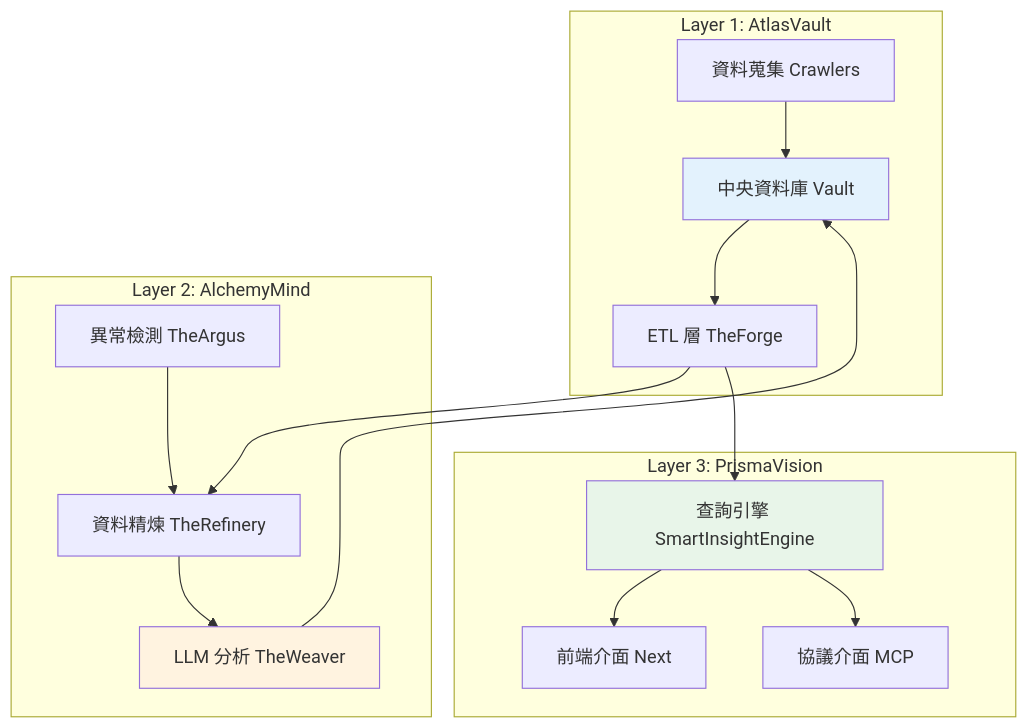
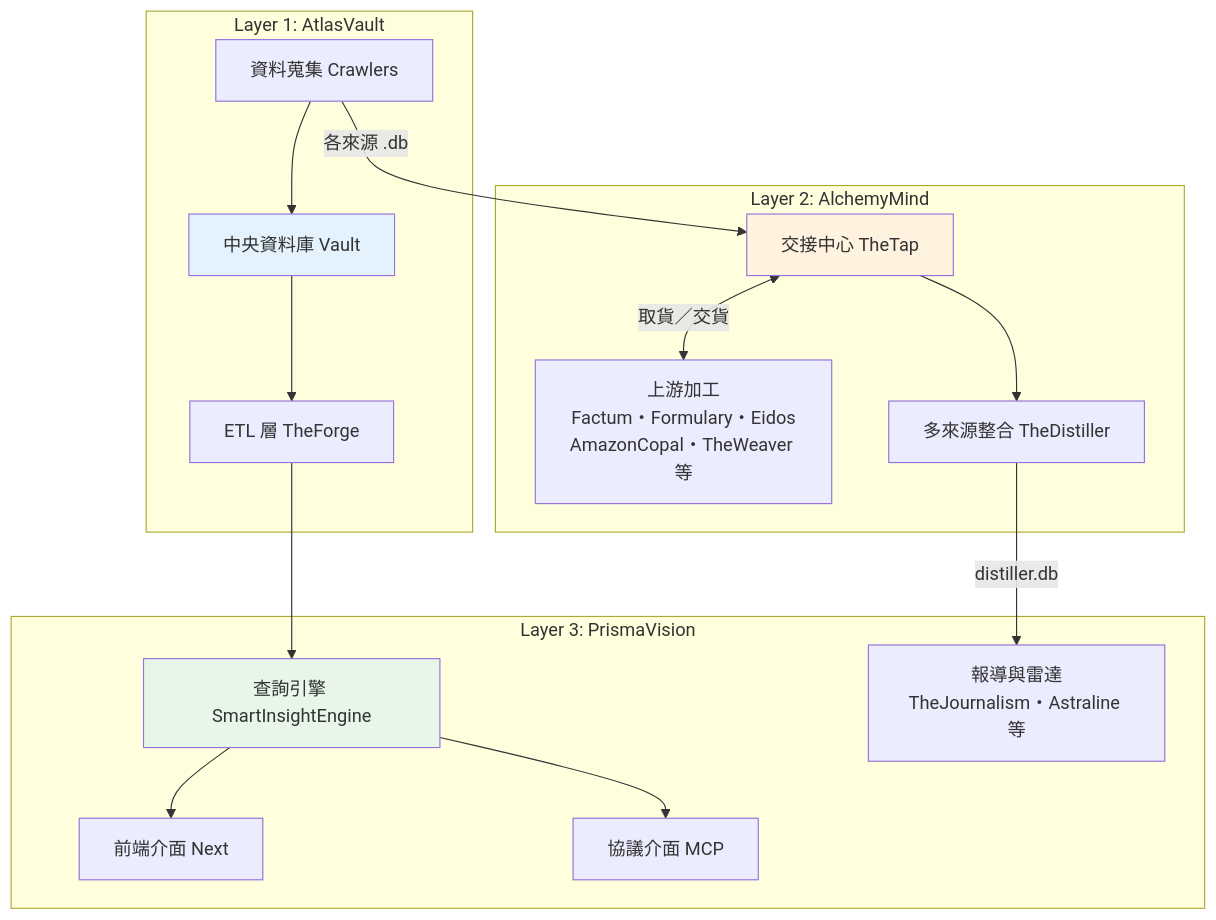
One commit to mapleelpam/LuminNexus-LearningMap changed the diagram in projects/00_architecture-overview.md. Above: the diagram before and after it, drawn with Mermaid. The commit also changed other lines of this file and 18 other files, not shown here.

````diff
--- a/projects/00_architecture-overview.md
+++ b/projects/00_architecture-overview.md
@@ -41,34 +43,35 @@
 ```mermaid
 graph TB
     subgraph "Layer 1: AtlasVault"
         A1[資料蒐集 Crawlers]
         A2[中央資料庫 Vault]
         A3[ETL 層 TheForge]
     end
 
     subgraph "Layer 2: AlchemyMind"
-        B1[資料精煉 TheRefinery]
-        B2[LLM 分析 TheWeaver]
-        B3[異常檢測 TheArgus]
+        B1[上游加工<br/>Factum・Formulary・Eidos<br/>AmazonCopal・TheWeaver 等]
+        B2[交接中心 TheTap]
+        B3[多來源整合 TheDistiller]
     end
 
     subgraph "Layer 3: PrismaVision"
         C1[查詢引擎 SmartInsightEngine]
         C2[前端介面 Next]
         C3[協議介面 MCP]
+        C4[報導與雷達<br/>TheJournalism・Astraline 等]
     end
 
     A1 --> A2
     A2 --> A3
-    A3 --> B1
-    B1 --> B2
-    B2 --> A2
-    B3 --> B1
+    A1 -->|各來源 .db| B2
+    B2 <-->|取貨／交貨| B1
+    B2 --> B3
+    B3 -->|distiller.db| C4
     A3 --> C1
     C1 --> C2
     C1 --> C3
 
     style A2 fill:#e3f2fd
     style B2 fill:#fff3e0
     style C1 fill:#e8f5e9
 ```
````
